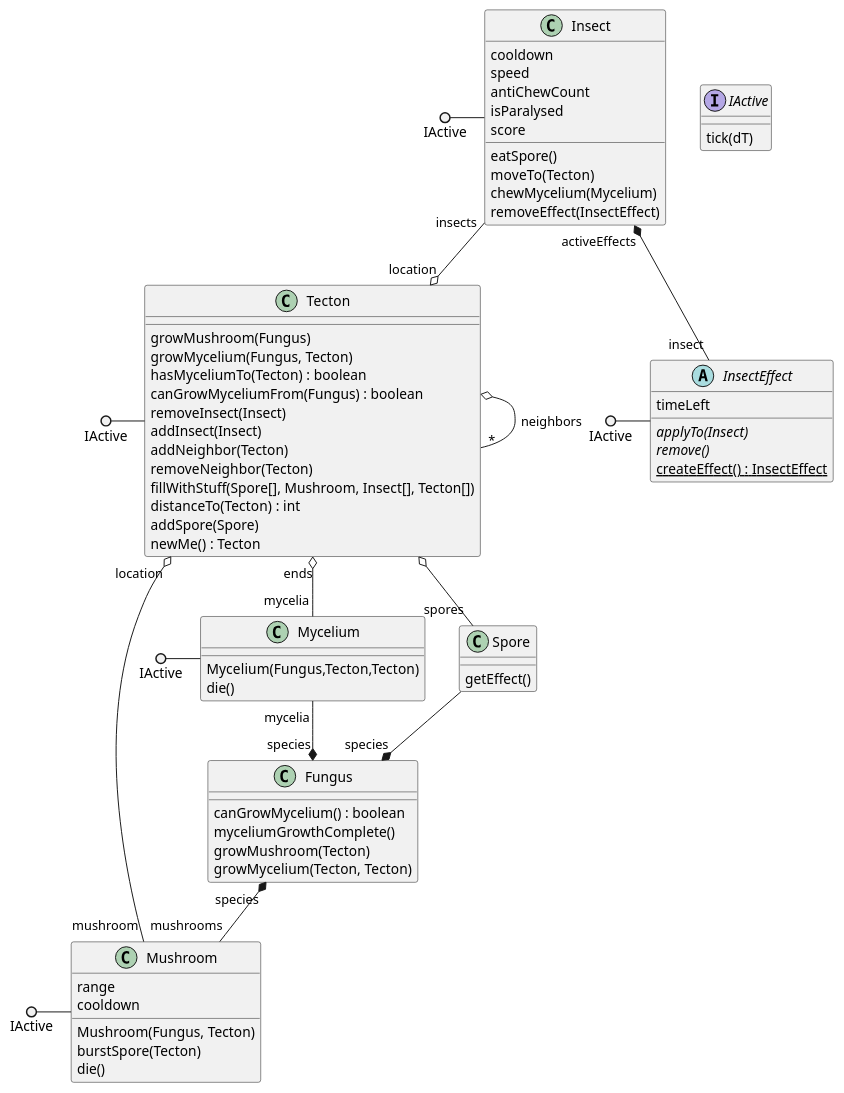
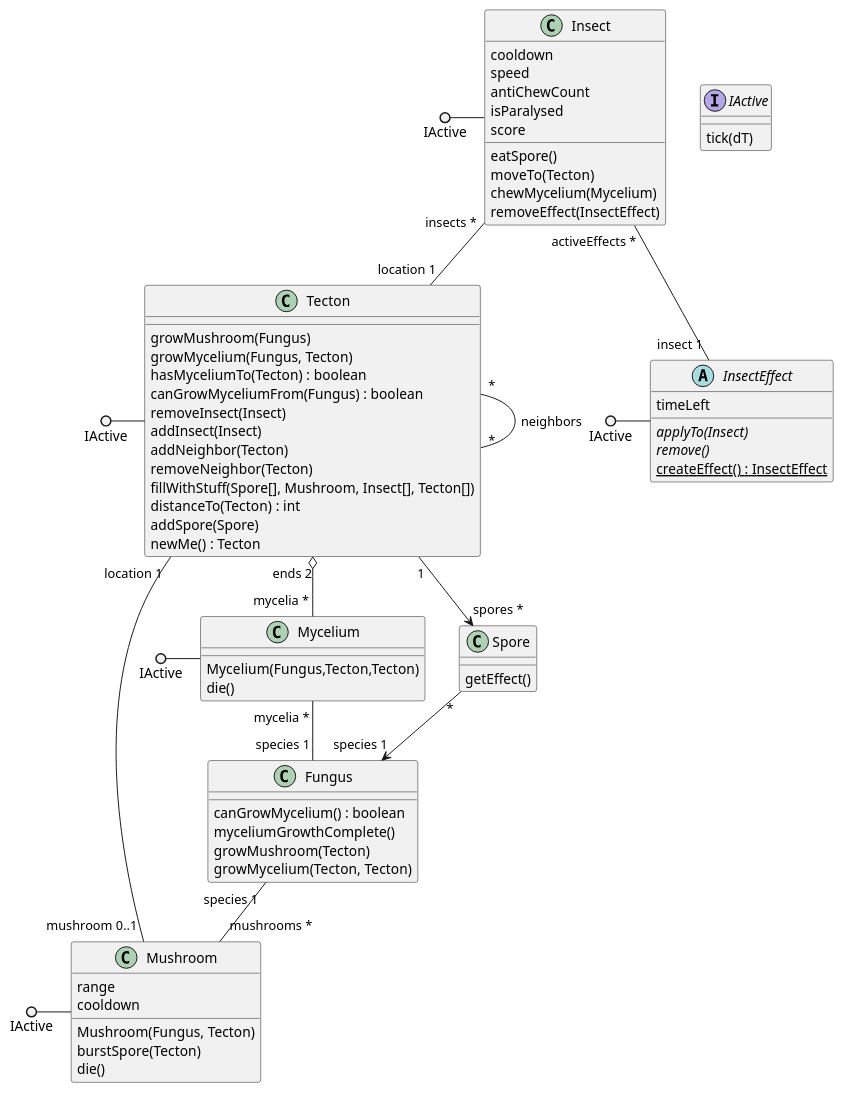
Before and after one commit to ZD4ve/projlab-error521: the diagram in classes.pu, drawn with PlantUML.

Commit message:
Added multiplicities, removed compositions

```diff
--- a/classes.pu
+++ b/classes.pu
@@ -1,74 +1,74 @@
 @startuml classes
 interface IActive {
     tick(dT)
 }
 class Tecton {
     growMushroom(Fungus)
     growMycelium(Fungus, Tecton)
     hasMyceliumTo(Tecton) : boolean
     canGrowMyceliumFrom(Fungus) : boolean
     removeInsect(Insect)
     addInsect(Insect)
     addNeighbor(Tecton)
     removeNeighbor(Tecton)
     fillWithStuff(Spore[], Mushroom, Insect[], Tecton[])
     distanceTo(Tecton) : int
     addSpore(Spore)
     newMe() : Tecton
 }
 class Fungus {
     canGrowMycelium() : boolean
     myceliumGrowthComplete()
     growMushroom(Tecton)
     growMycelium(Tecton, Tecton)
 }
 class Mycelium {
     Mycelium(Fungus,Tecton,Tecton)
     die()
 }
 class Mushroom {
     range
     cooldown
     Mushroom(Fungus, Tecton)
     burstSpore(Tecton)
     die()
 }
 class Spore {
     getEffect()
 }
 class Insect {
     cooldown
     speed
     antiChewCount
     isParalysed
     score
     eatSpore()
     moveTo(Tecton)
     chewMycelium(Mycelium)
     removeEffect(InsectEffect)
 }
 abstract InsectEffect {
     timeLeft
     {abstract} applyTo(Insect)
     {abstract} remove()
     {static} createEffect() : InsectEffect
 }
 
 IActive ()- Tecton
 IActive ()- Mushroom
 IActive ()- Mycelium
 IActive ()- Insect
 IActive ()- InsectEffect
 
-Tecton o-- "*" Tecton : neighbors
-Tecton "ends" o-- "mycelia" Mycelium
-Tecton o-- "spores" Spore
-Tecton "location" o-- "mushroom" Mushroom
+Tecton "*" -- "*" Tecton : neighbors
+Tecton "ends 2" o-- "mycelia *" Mycelium
+Tecton "1" --> "spores *" Spore
+Tecton "location 1" -- "mushroom 0..1" Mushroom
 
-Mycelium "mycelia" --* "species" Fungus
-Insect "activeEffects" *-- "insect" InsectEffect
-Insect "insects" --o "location" Tecton
-Fungus "species" *-- "mushrooms" Mushroom
-Spore --* "species" Fungus
+Mycelium "mycelia *" -- "species 1" Fungus
+Insect "activeEffects *" -- "insect 1" InsectEffect
+Insect "insects *" -- "location 1" Tecton
+Fungus "species 1" -- "mushrooms *" Mushroom
+Spore "*" --> "species 1" Fungus
 
 @enduml
```
